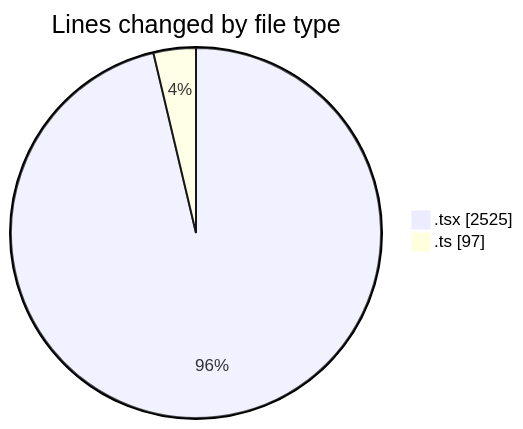
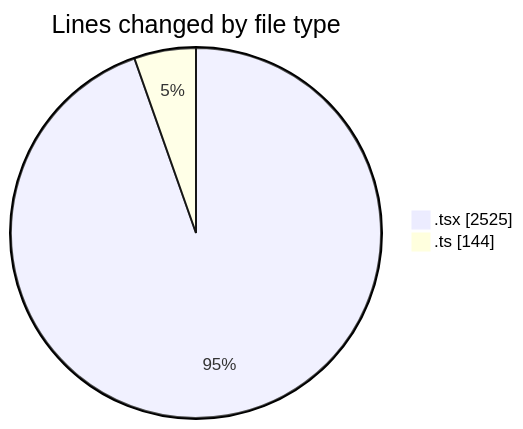
The first of 2 diagrams in 2025-09-23/cda/README.md (momahboobian/code-tracking), drawn with Mermaid before and after one commit. The commit also changed other lines of this file and 1 other file, not shown here.

````diff
--- a/2025-09-23/cda/README.md
+++ b/2025-09-23/cda/README.md
@@ -24,6 +24,6 @@
 ```mermaid
 pie showData
 title Lines changed by file type
 ".tsx" : 2525
-".ts" : 97
+".ts" : 144
 ```
````
